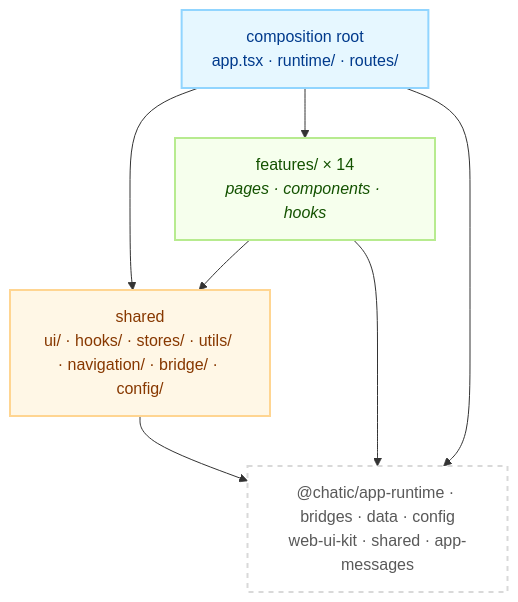
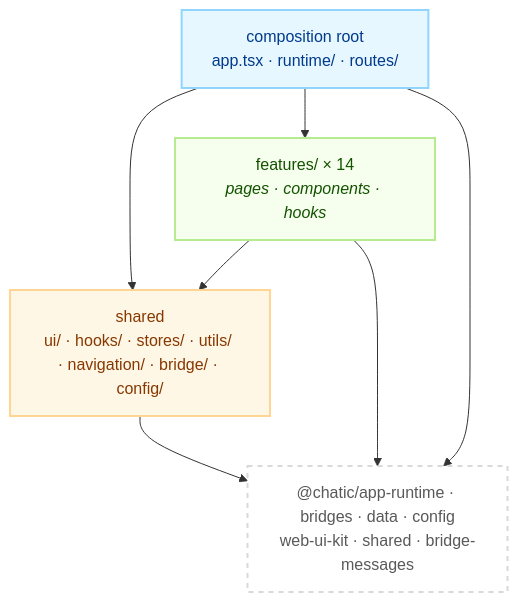
One commit to lemoncloud-io/dou-app changed the diagram in apps/web/docs/README.md. Above: the diagram before and after it, drawn with Mermaid. The commit also changed 313 other files, not shown here.

First line of the commit message:
refactor(bridge-messages): rename @chatic/app-messages to @chatic/bridge-messages

````diff
--- a/apps/web/docs/README.md
+++ b/apps/web/docs/README.md
@@ -41,19 +41,19 @@
 ```mermaid
 flowchart TD
     classDef root fill:#e6f7ff,stroke:#91d5ff,stroke-width:2px,color:#003a8c;
     classDef feat fill:#f6ffed,stroke:#b7eb8f,stroke-width:2px,color:#135200;
     classDef shared fill:#fff7e6,stroke:#ffd591,stroke-width:2px,color:#873800;
     classDef ext fill:#ffffff,stroke:#d9d9d9,stroke-width:2px,color:#595959,stroke-dasharray: 5 5;
 
     Root["composition root<br/>app.tsx · runtime/ · routes/"]:::root
     Feat["features/ × 14<br/><i>pages · components · hooks</i>"]:::feat
     Shared["shared<br/>ui/ · hooks/ · stores/ · utils/ · navigation/ · bridge/ · config/"]:::shared
-    Libs["@chatic/app-runtime · bridges · data · config<br/>web-ui-kit · shared · app-messages"]:::ext
+    Libs["@chatic/app-runtime · bridges · data · config<br/>web-ui-kit · shared · bridge-messages"]:::ext
 
     Root --> Feat
     Root --> Shared
     Feat --> Shared
     Shared --> Libs
     Feat --> Libs
     Root --> Libs
 ```
````
